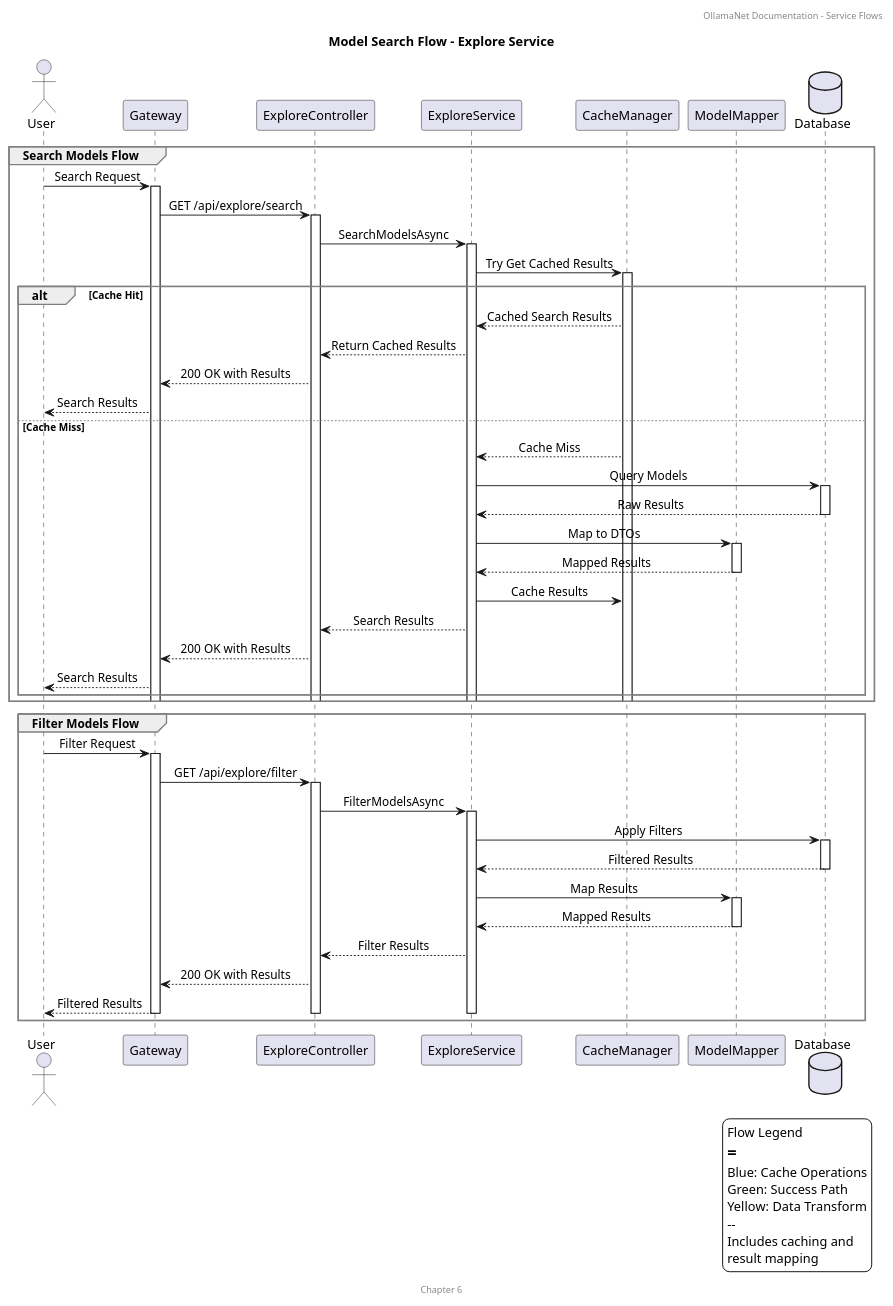
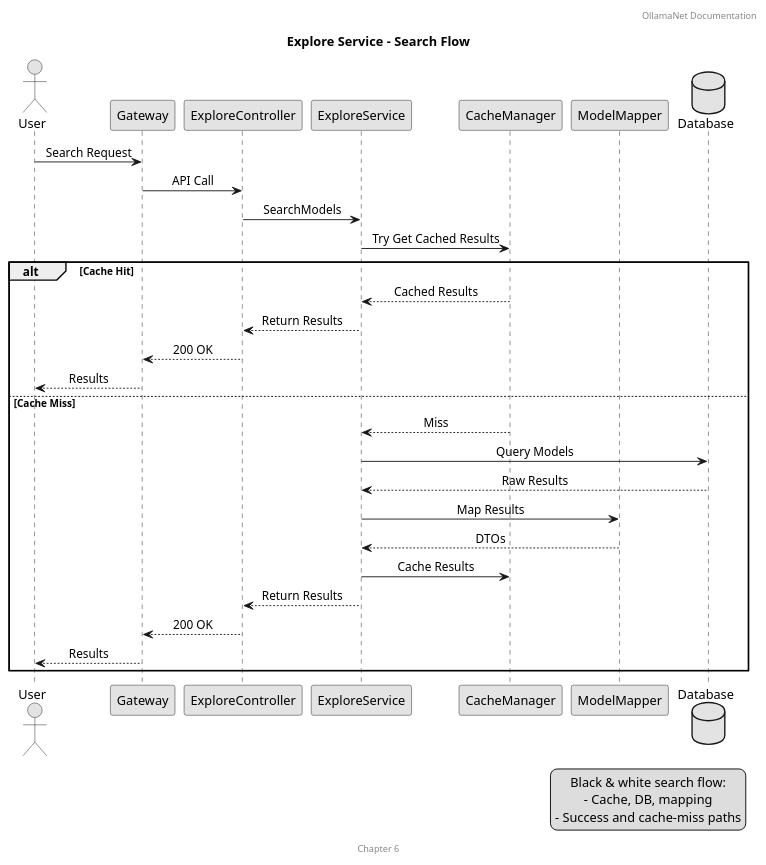
The diagram in Documentation/Diagrams/Chapter6/explore_service_search_flow.puml (ollamaNet/OllamaNet-Architecture), drawn with PlantUML before and after one commit. The commit also changed 8 other files, not shown here.

```diff
--- a/Documentation/Diagrams/Chapter6/explore_service_search_flow.puml
+++ b/Documentation/Diagrams/Chapter6/explore_service_search_flow.puml
@@ -1,103 +1,46 @@
-@startuml explore_service_search_flow
+@startuml exploreservice_search_flow
 
-title Model Search Flow - Explore Service
+title Explore Service - Search Flow
 
-header OllamaNet Documentation - Service Flows
+header OllamaNet Documentation
 footer Chapter 6
 
-skinparam backgroundColor white
-skinparam sequenceMessageAlign center
-skinparam sequenceGroupBorderColor gray
+skinparam monochrome true
+skinparam defaultTextAlignment center
 
 actor "User" as user
 participant "Gateway" as gateway
 participant "ExploreController" as controller
 participant "ExploreService" as service
 participant "CacheManager" as cache
 participant "ModelMapper" as mapper
 database "Database" as db
 
-group Search Models Flow
-    user -> gateway: Search Request
-    activate gateway
-    
-    gateway -> controller: GET /api/explore/search
-    activate controller
-    
-    controller -> service: SearchModelsAsync
-    activate service
-    
-    service -> cache: Try Get Cached Results
-    activate cache
-    
-    alt Cache Hit
-        cache --> service: Cached Search Results
-        service --> controller: Return Cached Results
-        controller --> gateway: 200 OK with Results
-        gateway --> user: Search Results
-    else Cache Miss
-        cache --> service: Cache Miss
-        
-        service -> db: Query Models
-        activate db
-        db --> service: Raw Results
-        deactivate db
-        
-        service -> mapper: Map to DTOs
-        activate mapper
-        mapper --> service: Mapped Results
-        deactivate mapper
-        
-        service -> cache: Cache Results
-        
-        service --> controller: Search Results
-        controller --> gateway: 200 OK with Results
-        gateway --> user: Search Results
-    end
-    deactivate cache
-    deactivate service
-    deactivate controller
-    deactivate gateway
-end
-
-group Filter Models Flow
-    user -> gateway: Filter Request
-    activate gateway
-    
-    gateway -> controller: GET /api/explore/filter
-    activate controller
-    
-    controller -> service: FilterModelsAsync
-    activate service
-    
-    service -> db: Apply Filters
-    activate db
-    db --> service: Filtered Results
-    deactivate db
-    
+user -> gateway: Search Request
+gateway -> controller: API Call
+controller -> service: SearchModels
+service -> cache: Try Get Cached Results
+alt Cache Hit
+    cache --> service: Cached Results
+    service --> controller: Return Results
+    controller --> gateway: 200 OK
+    gateway --> user: Results
+else Cache Miss
+    cache --> service: Miss
+    service -> db: Query Models
+    db --> service: Raw Results
     service -> mapper: Map Results
-    activate mapper
-    mapper --> service: Mapped Results
-    deactivate mapper
-    
-    service --> controller: Filter Results
-    controller --> gateway: 200 OK with Results
-    gateway --> user: Filtered Results
-    
-    deactivate service
-    deactivate controller
-    deactivate gateway
+    mapper --> service: DTOs
+    service -> cache: Cache Results
+    service --> controller: Return Results
+    controller --> gateway: 200 OK
+    gateway --> user: Results
 end
 
 legend right
-  Flow Legend
-  ==
-  Blue: Cache Operations
-  Green: Success Path
-  Yellow: Data Transform
-  --
-  Includes caching and
-  result mapping
+  Black & white search flow:
+  - Cache, DB, mapping
+  - Success and cache-miss paths
 end legend
 
 @enduml
```
